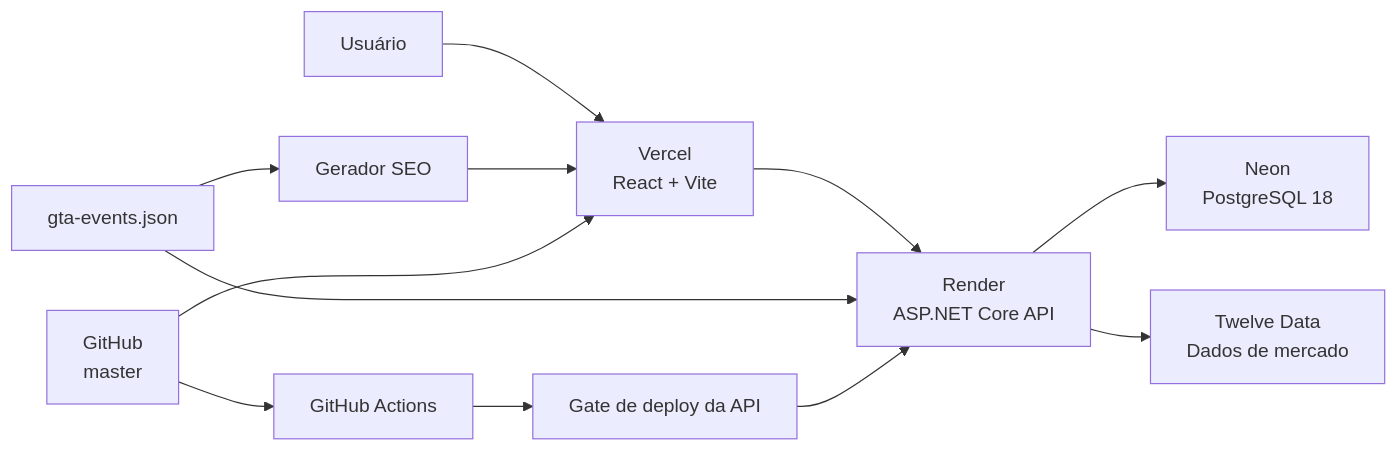
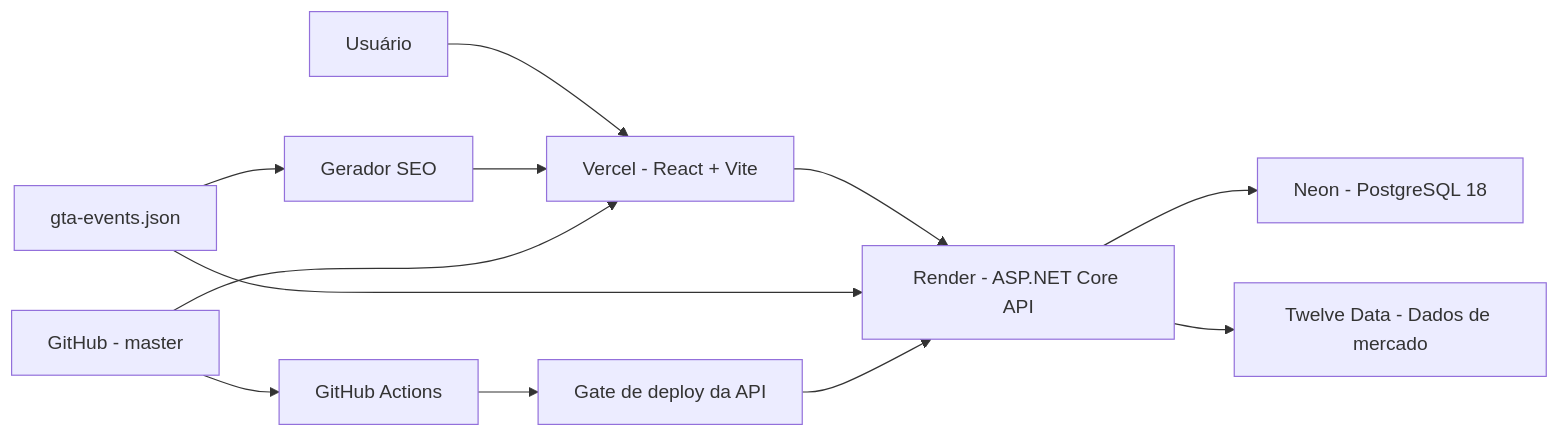
Before and after one commit to JrCotrim/VI-Impact: the diagram in README.md, drawn with Mermaid.

Commit message:
docs: fix architecture diagram rendering

````diff
--- a/README.md
+++ b/README.md
@@ -90,16 +90,16 @@
 ```mermaid
 flowchart LR
-    U[Usuário] --> V[Vercel<br/>React + Vite]
-    V --> R[Render<br/>ASP.NET Core API]
-    R --> N[Neon<br/>PostgreSQL 18]
-    R --> T[Twelve Data<br/>Dados de mercado]
+    U["Usuário"] --> V["Vercel - React + Vite"]
+    V --> R["Render - ASP.NET Core API"]
+    R --> N["Neon - PostgreSQL 18"]
+    R --> T["Twelve Data - Dados de mercado"]
 
-    C[gta-events.json] --> R
-    C --> S[Gerador SEO]
+    C["gta-events.json"] --> R
+    C --> S["Gerador SEO"]
     S --> V
 
-    G[GitHub<br/>master] --> CI[GitHub Actions]
-    CI --> RG[Gate de deploy da API]
+    G["GitHub - master"] --> CI["GitHub Actions"]
+    CI --> RG["Gate de deploy da API"]
     RG --> R
     G --> V
 ```
````
